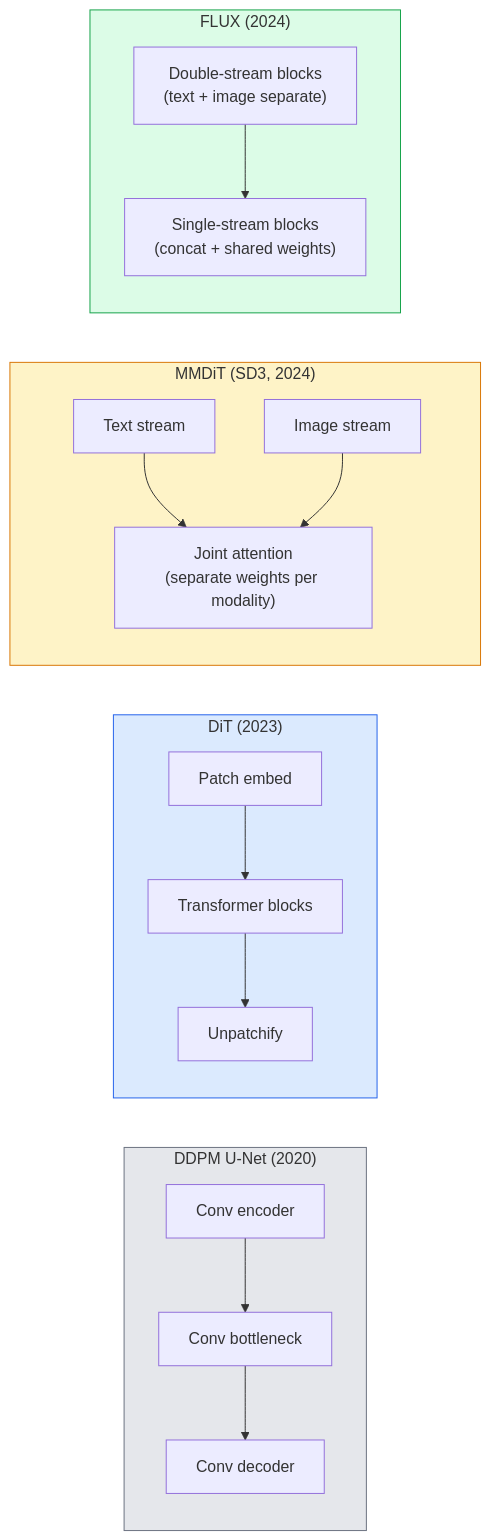
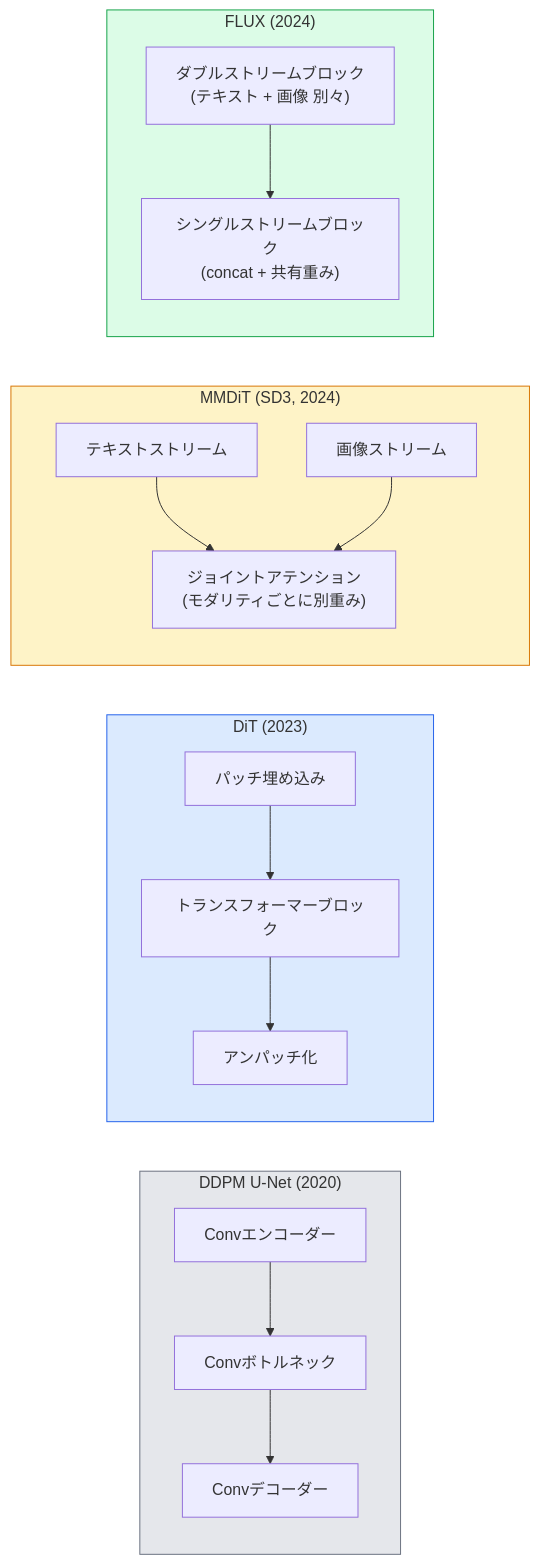
One commit to shoshoshomen/synapse-academy changed the diagram in content/phases/04-computer-vision/23-diffusion-transformers-rectified-flow/lesson.ja.md. Above: the diagram before and after it, drawn with Mermaid. The commit also changed 124 other files, not shown here.

First line of the commit message:
feat(i18n): mermaid図のラベルを日本語化(194レッスン/374図)

````diff
--- a/content/phases/04-computer-vision/23-diffusion-transformers-rectified-flow/lesson.ja.md
+++ b/content/phases/04-computer-vision/23-diffusion-transformers-rectified-flow/lesson.ja.md
@@ -25,21 +25,21 @@
 ```mermaid
 flowchart LR
     subgraph UNET["DDPM U-Net (2020)"]
-        U1["Conv encoder"] --> U2["Conv bottleneck"] --> U3["Conv decoder"]
+        U1["Convエンコーダー"] --> U2["Convボトルネック"] --> U3["Convデコーダー"]
     end
     subgraph DIT["DiT (2023)"]
-        D1["Patch embed"] --> D2["Transformer blocks"] --> D3["Unpatchify"]
+        D1["パッチ埋め込み"] --> D2["トランスフォーマーブロック"] --> D3["アンパッチ化"]
     end
     subgraph MMDIT["MMDiT (SD3, 2024)"]
-        M1["Text stream"] --> M3["Joint attention<br/>(separate weights per modality)"]
-        M2["Image stream"] --> M3
+        M1["テキストストリーム"] --> M3["ジョイントアテンション\n(モダリティごとに別重み)"]
+        M2["画像ストリーム"] --> M3
     end
     subgraph FLUX["FLUX (2024)"]
-        F1["Double-stream blocks<br/>(text + image separate)"] --> F2["Single-stream blocks<br/>(concat + shared weights)"]
+        F1["ダブルストリームブロック\n(テキスト + 画像 別々)"] --> F2["シングルストリームブロック\n(concat + 共有重み)"]
     end
 
     style UNET fill:#e5e7eb,stroke:#6b7280
     style DIT fill:#dbeafe,stroke:#2563eb
     style MMDIT fill:#fef3c7,stroke:#d97706
     style FLUX fill:#dcfce7,stroke:#16a34a
 ```
````
